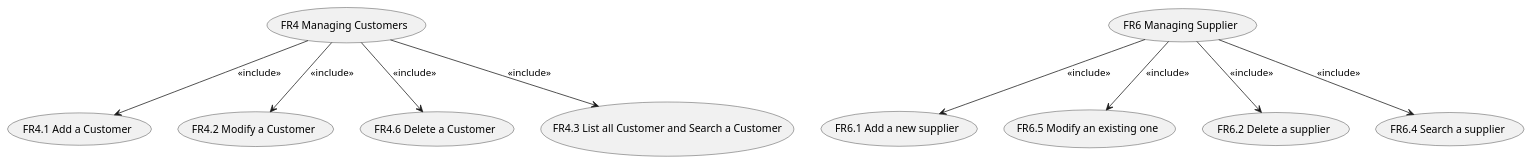
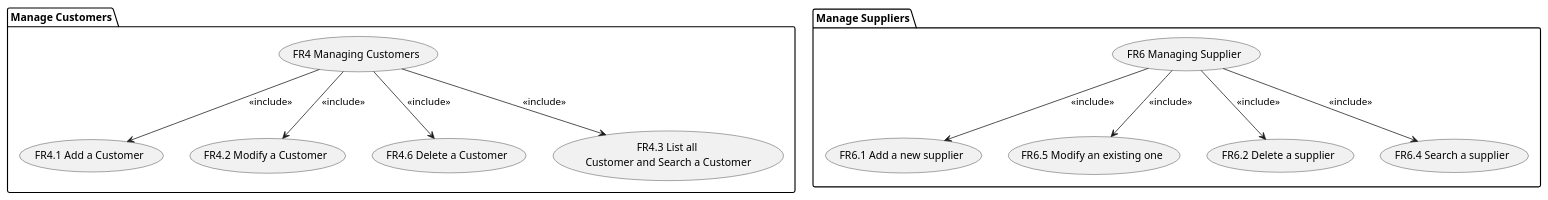
The fourth of 7 diagrams in Deliverables/RequirementsDocument.md (thegabriele97/EzShop), drawn with PlantUML before and after one commit. The commit also changed other lines of this file, not shown here.

````diff
--- a/Deliverables/RequirementsDocument.md
+++ b/Deliverables/RequirementsDocument.md
@@ -299,23 +303,27 @@
 ```plantuml
-usecase "FR4 Managing Customers" as mngcustomer
-usecase "FR4.1 Add a Customer" as addcustomer
-usecase "FR4.2 Modify a Customer" as modcustomer
-usecase "FR4.6 Delete a Customer" as remcustomer
-usecase "FR4.3 List all Customer and Search a Customer" as listcustomer
+package "Manage Customers" {
+    usecase "FR4 Managing Customers" as mngcustomer
+    usecase "FR4.1 Add a Customer" as addcustomer
+    usecase "FR4.2 Modify a Customer" as modcustomer
+    usecase "FR4.6 Delete a Customer" as remcustomer
+    usecase "FR4.3 List all \nCustomer and Search a Customer" as listcustomer
 
-mngcustomer --> addcustomer : <<include>>
-mngcustomer --> modcustomer : <<include>>
-mngcustomer --> remcustomer : <<include>>
-mngcustomer --> listcustomer : <<include>>
+    mngcustomer --> addcustomer : <<include>>
+    mngcustomer --> modcustomer : <<include>>
+    mngcustomer --> remcustomer : <<include>>
+    mngcustomer --> listcustomer : <<include>>
+}
 
-usecase "FR6 Managing Supplier" as mngsupplier
-usecase "FR6.1 Add a new supplier" as addsupplier
-usecase "FR6.5 Modify an existing one" as modsupplier
-usecase "FR6.2 Delete a supplier" as remsupplier
-usecase "FR6.4 Search a supplier" as listsupplier
+package "Manage Suppliers" {
+    usecase "FR6 Managing Supplier" as mngsupplier
+    usecase "FR6.1 Add a new supplier" as addsupplier
+    usecase "FR6.5 Modify an existing one" as modsupplier
+    usecase "FR6.2 Delete a supplier" as remsupplier
+    usecase "FR6.4 Search a supplier" as listsupplier
 
-mngsupplier --> addsupplier : <<include>>
-mngsupplier --> modsupplier : <<include>>
-mngsupplier --> remsupplier : <<include>>
-mngsupplier --> listsupplier : <<include>>
+    mngsupplier --> addsupplier : <<include>>
+    mngsupplier --> modsupplier : <<include>>
+    mngsupplier --> remsupplier : <<include>>
+    mngsupplier --> listsupplier : <<include>>
+}
 ```
````
